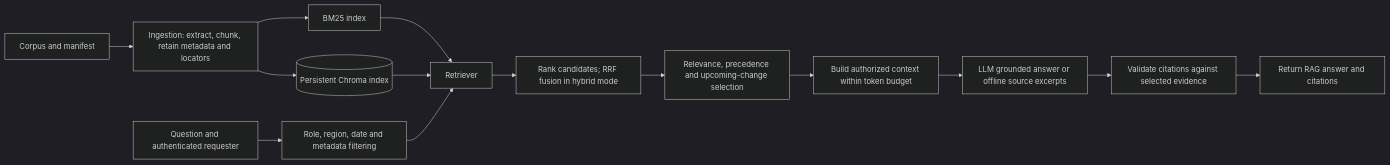
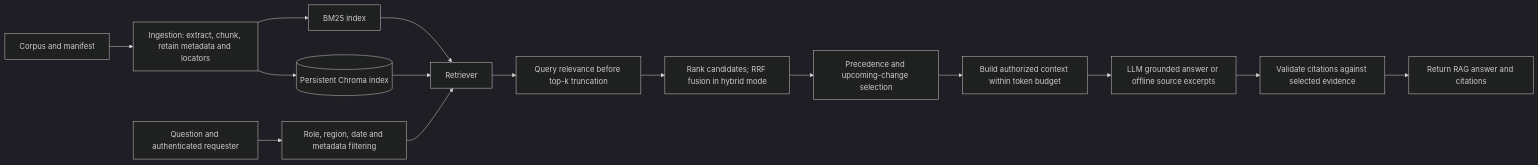
The second of 2 diagrams in README.md (SaikrishAIWizard/HR_Assistant), drawn with Mermaid (dark theme) before and after one commit. The commit also changed other lines of this file and 7 other files, not shown here.

````diff
--- a/README.md
+++ b/README.md
@@ -116,17 +122,18 @@
 ```mermaid
 flowchart LR
     SRC[Corpus and manifest] --> ING[Ingestion: extract, chunk, retain metadata and locators]
     ING --> BM[BM25 index]
     ING --> VS[(Persistent Chroma index)]
 
     Q[Question and authenticated requester] --> AUTH[Role, region, date and metadata filtering]
     BM --> RET[Retriever]
     VS --> RET
     AUTH --> RET
-    RET --> FUSE[Rank candidates; RRF fusion in hybrid mode]
-    FUSE --> APP[Relevance, precedence and upcoming-change selection]
+    RET --> REL[Query relevance before top-k truncation]
+    REL --> FUSE[Rank candidates; RRF fusion in hybrid mode]
+    FUSE --> APP[Precedence and upcoming-change selection]
     APP --> CTX[Build authorized context within token budget]
     CTX --> GEN[LLM grounded answer or offline source excerpts]
     GEN --> CV[Validate citations against selected evidence]
     CV --> RESP[Return RAG answer and citations]
 ```
````
